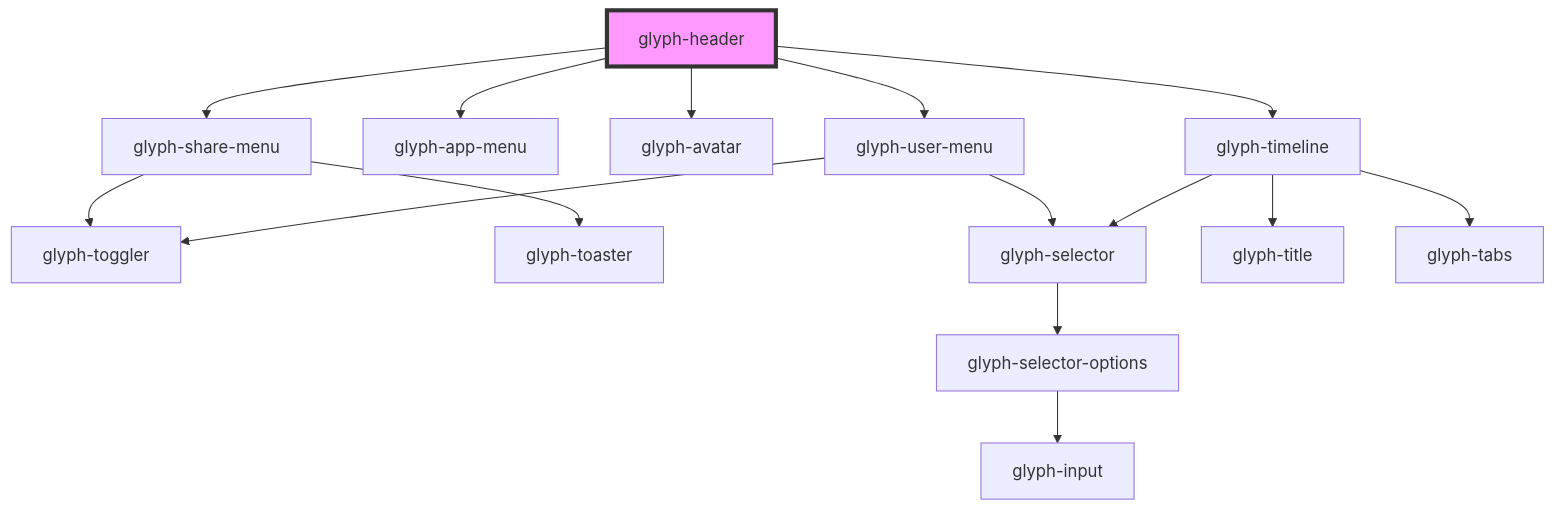
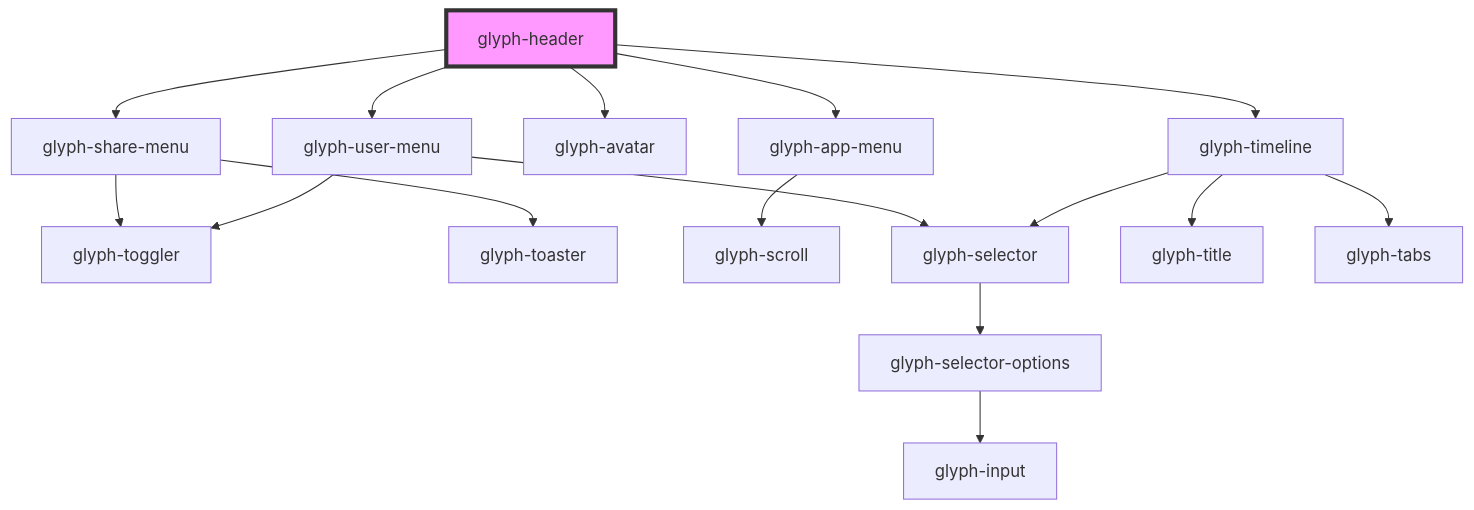
The diagram in packages/glyph-components/src/components/layouts/header/readme.md (adrianiy/synth-ui), drawn with Mermaid before and after one commit. The commit also changed 16 other files, not shown here.

````diff
--- a/packages/glyph-components/src/components/layouts/header/readme.md
+++ b/packages/glyph-components/src/components/layouts/header/readme.md
@@ -54,18 +54,19 @@
 ```mermaid
 graph TD;
   glyph-header --> glyph-share-menu
   glyph-header --> glyph-app-menu
   glyph-header --> glyph-avatar
   glyph-header --> glyph-user-menu
   glyph-header --> glyph-timeline
   glyph-share-menu --> glyph-toggler
   glyph-share-menu --> glyph-toaster
+  glyph-app-menu --> glyph-scroll
   glyph-user-menu --> glyph-selector
   glyph-user-menu --> glyph-toggler
   glyph-selector --> glyph-selector-options
   glyph-selector-options --> glyph-input
   glyph-timeline --> glyph-title
   glyph-timeline --> glyph-selector
   glyph-timeline --> glyph-tabs
   style glyph-header fill:#f9f,stroke:#333,stroke-width:4px
 ```
````
